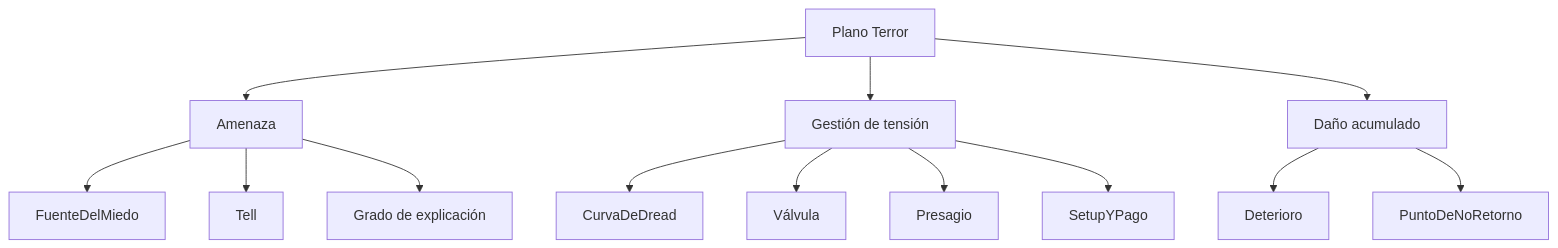
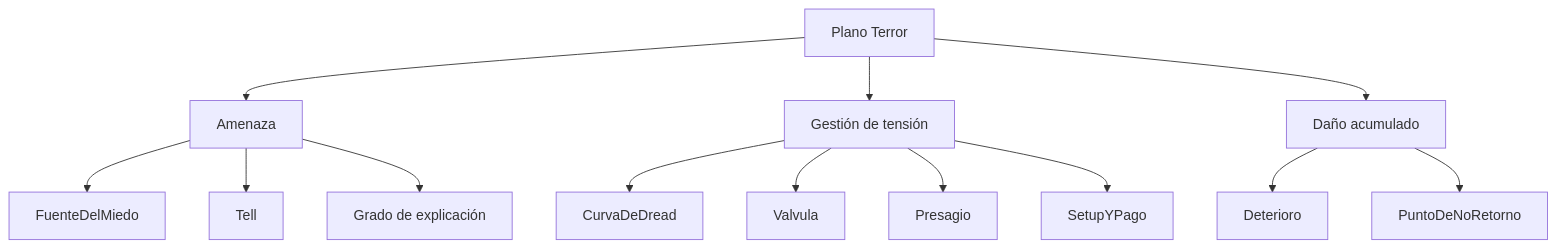
One commit to SantiagoEspinosa-ai/My_novel_story changed the fourth of 9 diagrams in Docs/domain-knowledge.md. Above: the diagram before and after it, drawn with Mermaid. The commit also changed other lines of this file and 5 other files, not shown here.

````diff
--- a/Docs/domain-knowledge.md
+++ b/Docs/domain-knowledge.md
@@ -65,16 +65,16 @@
 ```mermaid
 flowchart TD
   P3["Plano Terror"]
   P3 --> A["Amenaza"]
   P3 --> T["Gestión de tensión"]
   P3 --> D["Daño acumulado"]
   A --> A1["FuenteDelMiedo"]
   A --> A2["Tell"]
   A --> A3["Grado de explicación"]
   T --> T1["CurvaDeDread"]
-  T --> T2["Válvula"]
+  T --> T2["Valvula"]
   T --> T3["Presagio"]
   T --> T4["SetupYPago"]
   D --> D1["Deterioro"]
   D --> D2["PuntoDeNoRetorno"]
 ```
````
